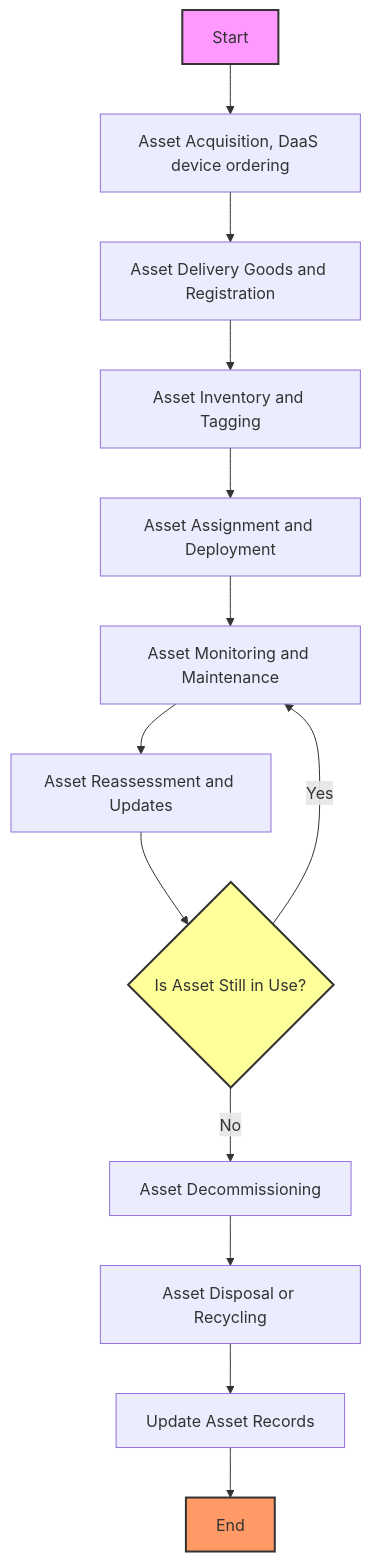
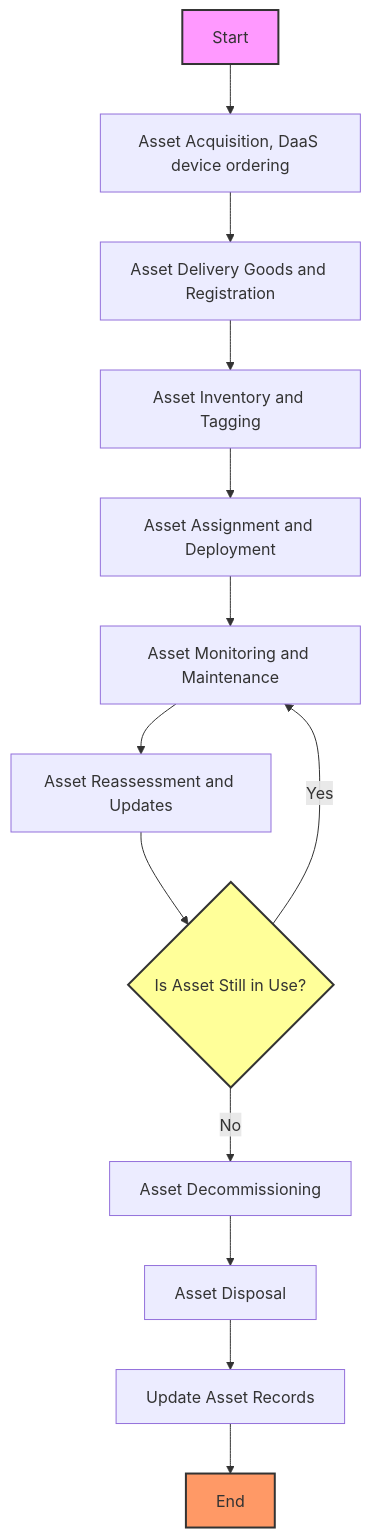
The diagram in asset mgmt/asset.md (pluto133/-), drawn with Mermaid before and after one commit.

````diff
--- a/asset mgmt/asset.md
+++ b/asset mgmt/asset.md
@@ -1,20 +1,20 @@
 ```mermaid
 flowchart TD
     A[Start] --> C[Asset Acquisition, DaaS device ordering]
     C --> D[Asset Delivery Goods and Registration]
     D --> E[Asset Inventory and Tagging]
     E --> F[Asset Assignment and Deployment]
     F --> G[Asset Monitoring and Maintenance]
     G --> H[Asset Reassessment and Updates]
     H --> I{Is Asset Still in Use?}
     I -->|Yes| G
     I -->|No| J[Asset Decommissioning]
-    J --> K[Asset Disposal or Recycling]
+    J --> K[Asset Disposal]
     K --> L[Update Asset Records]
     L --> M[End]
 
     %% Styling for clarity
     style A fill:#f9f,stroke:#333,stroke-width:2px
     style M fill:#f96,stroke:#333,stroke-width:2px
     style I fill:#ff9,stroke:#333,stroke-width:2px
 ```
````
